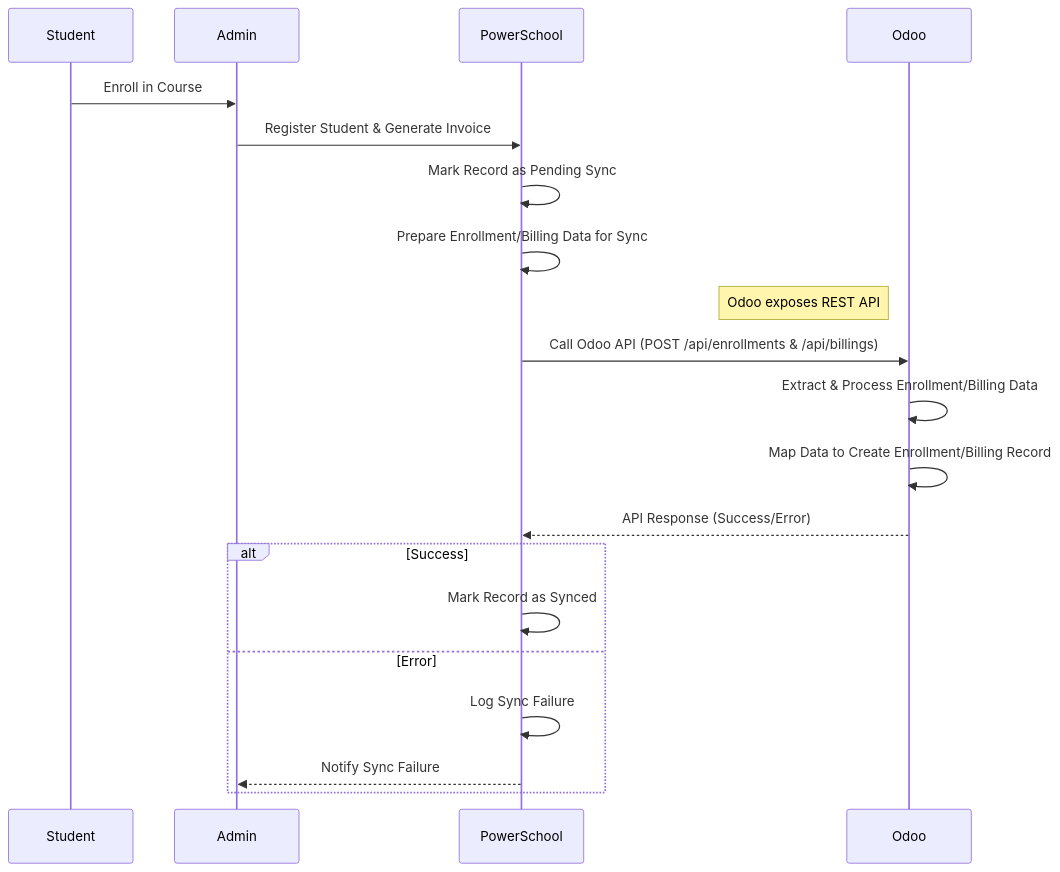
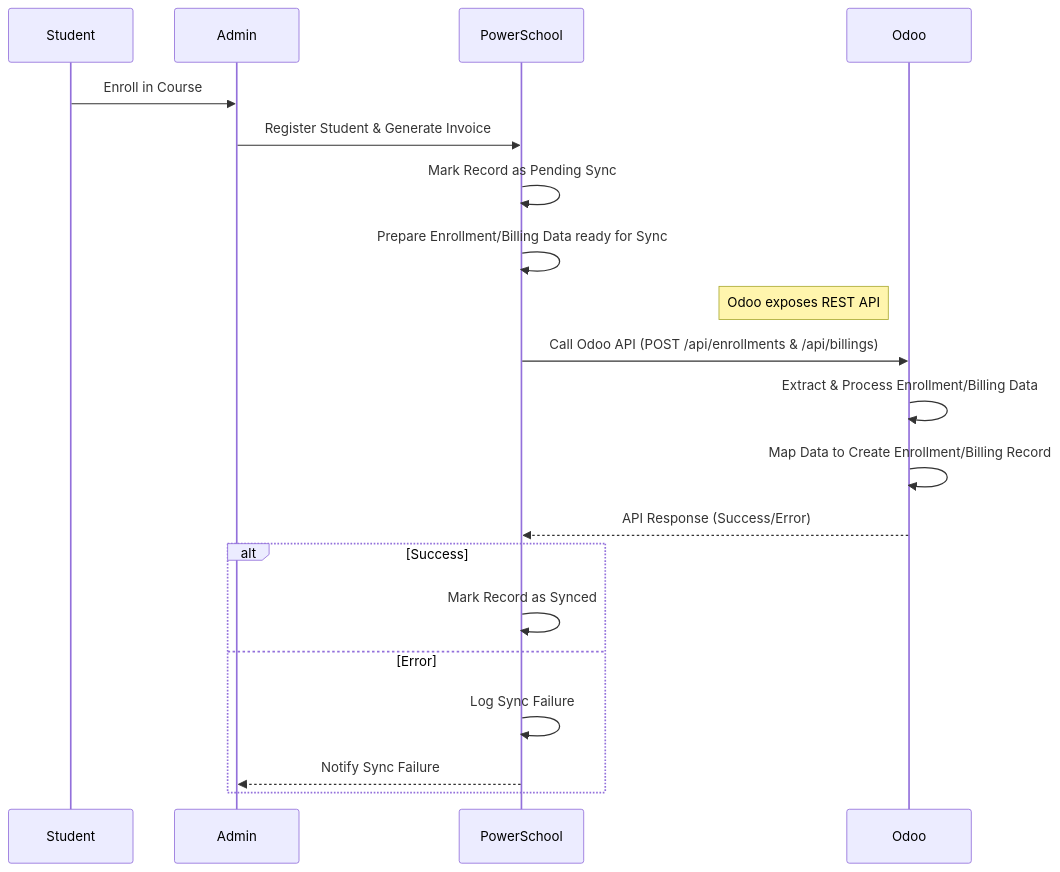
The third of 3 diagrams in Odoo API.md (kamalyui9/lincoln_school), drawn with Mermaid before and after one commit. The commit also changed other lines of this file, not shown here.

````diff
--- a/Odoo API.md
+++ b/Odoo API.md
@@ -63,25 +63,25 @@
 ```mermaid
 sequenceDiagram
     participant Student as Student
     participant Admin as Admin
     participant PowerSchool as PowerSchool
     participant Odoo as Odoo 
 
     Student->>Admin: Enroll in Course
     Admin->>PowerSchool: Register Student & Generate Invoice
     PowerSchool->>PowerSchool: Mark Record as Pending Sync
-    PowerSchool->>PowerSchool: Prepare Enrollment/Billing Data for Sync
+    PowerSchool->>PowerSchool: Prepare Enrollment/Billing Data ready for Sync
     Note left of Odoo: Odoo exposes REST API
 
     PowerSchool->>Odoo: Call Odoo API (POST /api/enrollments & /api/billings)
     Odoo->>Odoo: Extract & Process Enrollment/Billing Data
     Odoo->>Odoo: Map Data to Create Enrollment/Billing Record
     Odoo-->>PowerSchool: API Response (Success/Error)
 
     alt Success
         PowerSchool->>PowerSchool: Mark Record as Synced
     else Error
         PowerSchool->>PowerSchool: Log Sync Failure
         PowerSchool-->>Admin: Notify Sync Failure
     end
 ```
````
